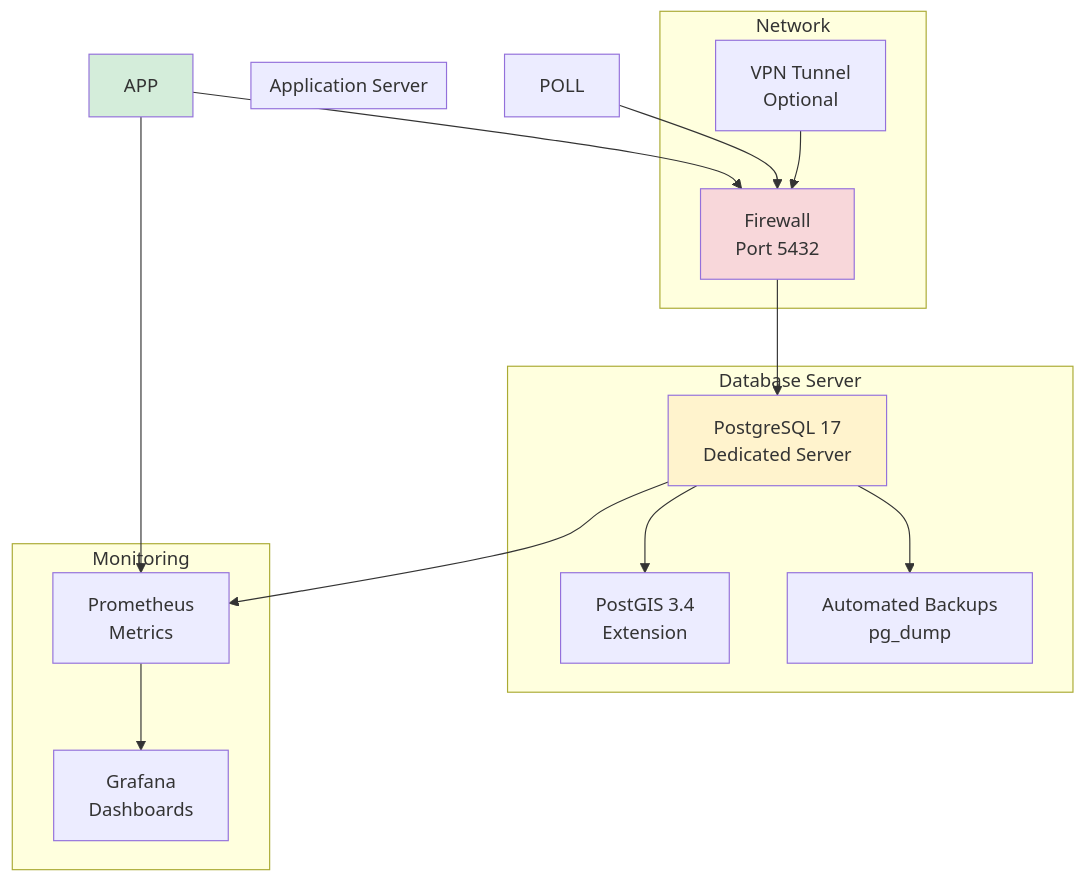
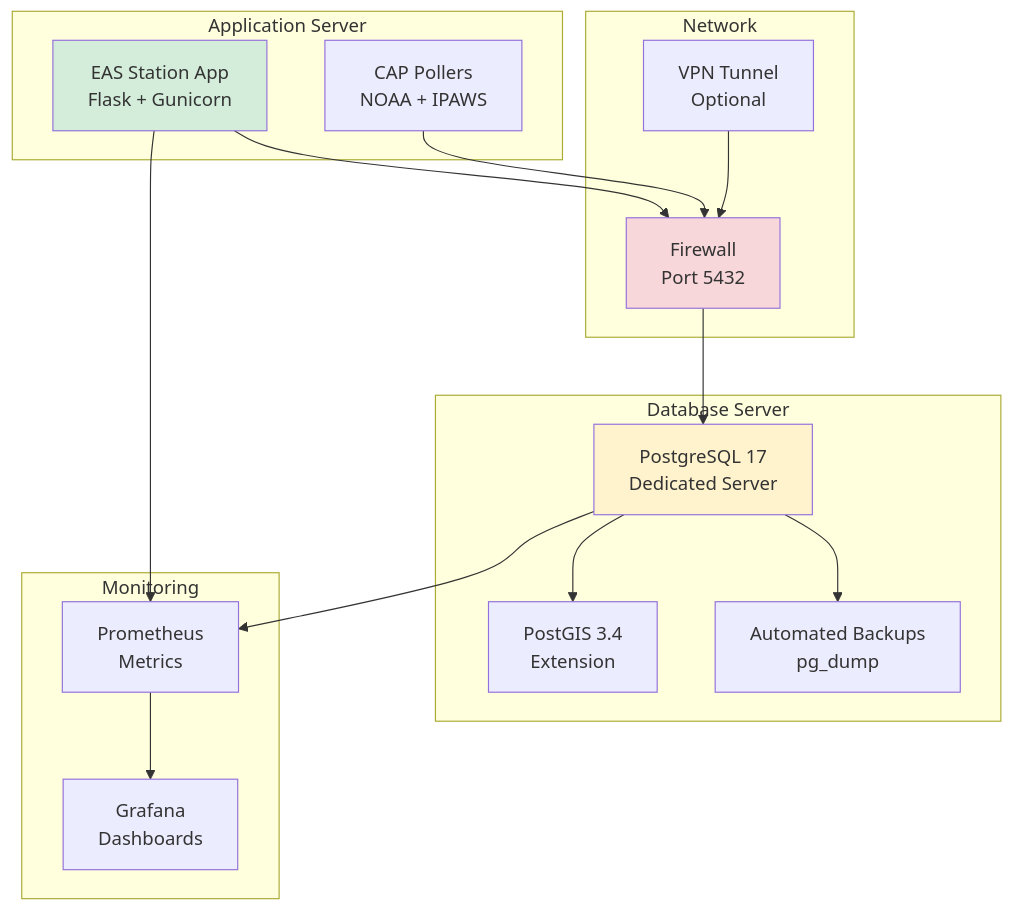
One commit to chelstein/eas-station changed diagram 21 of 21 in docs/architecture/SYSTEM_ARCHITECTURE.md. Above: the diagram before and after it, drawn with Mermaid. The commit also changed other lines of this file and 1 other file, not shown here.

First line of the commit message:
Fix mermaid chart syntax errors in architecture docs

````diff
--- a/docs/architecture/SYSTEM_ARCHITECTURE.md
+++ b/docs/architecture/SYSTEM_ARCHITECTURE.md
@@ -1089,37 +1083,39 @@
 ```mermaid
 graph TB
     subgraph "Application Server"
+        APP[EAS Station App<br>Flask + Gunicorn]
+        POLL[CAP Pollers<br>NOAA + IPAWS]
     end
 
     subgraph "Database Server"
         PG[PostgreSQL 17<br>Dedicated Server]
         PGIS[PostGIS 3.4<br>Extension]
         BACKUP[Automated Backups<br>pg_dump]
     end
 
     subgraph "Network"
         FW[Firewall<br>Port 5432]
         VPN[VPN Tunnel<br>Optional]
     end
 
     subgraph "Monitoring"
         PROM[Prometheus<br>Metrics]
         GRAF[Grafana<br>Dashboards]
     end
 
     APP --> FW
     POLL --> FW
     FW --> PG
     PG --> PGIS
     PG --> BACKUP
 
     VPN --> FW
 
     APP --> PROM
     PG --> PROM
     PROM --> GRAF
 
     style APP fill:#d4edda
     style PG fill:#fff3cd
     style FW fill:#f8d7da
 ```
````
